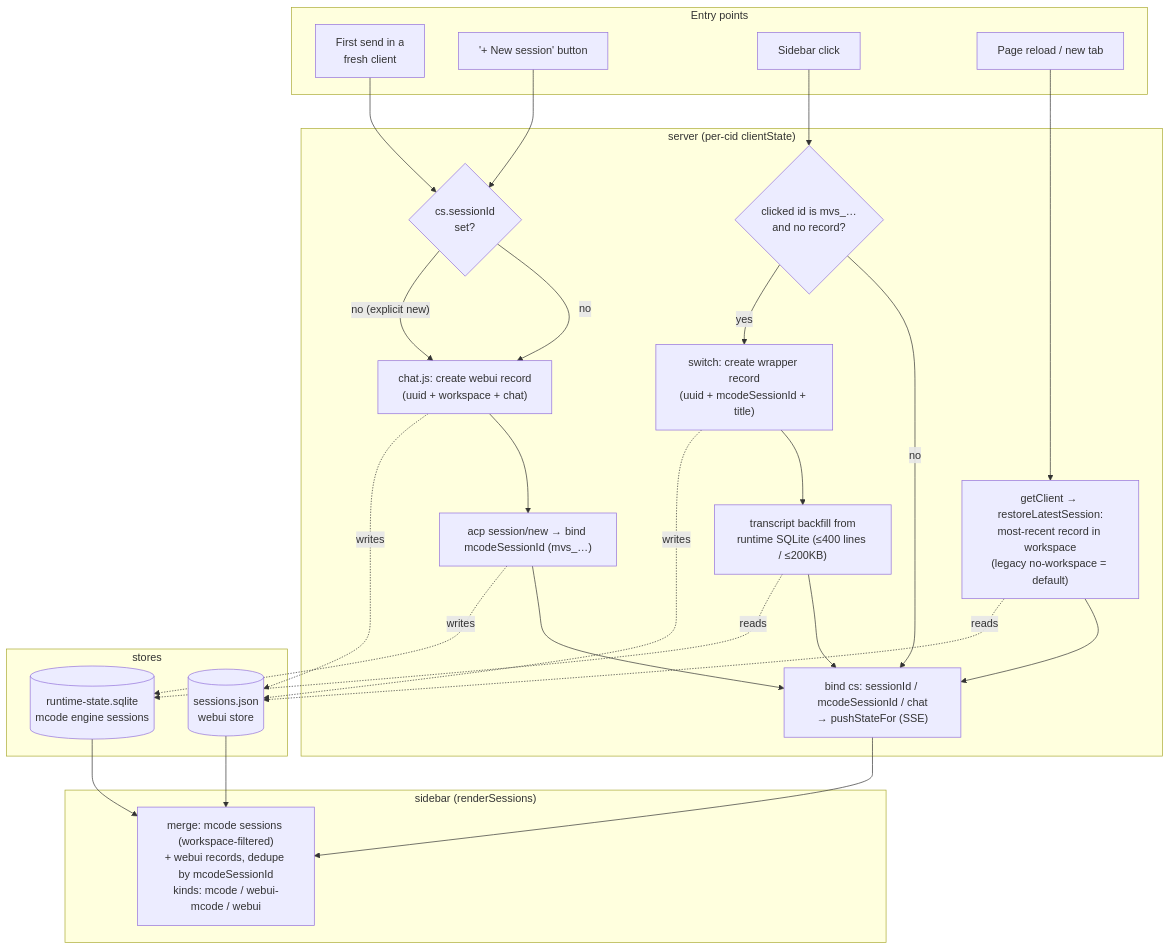
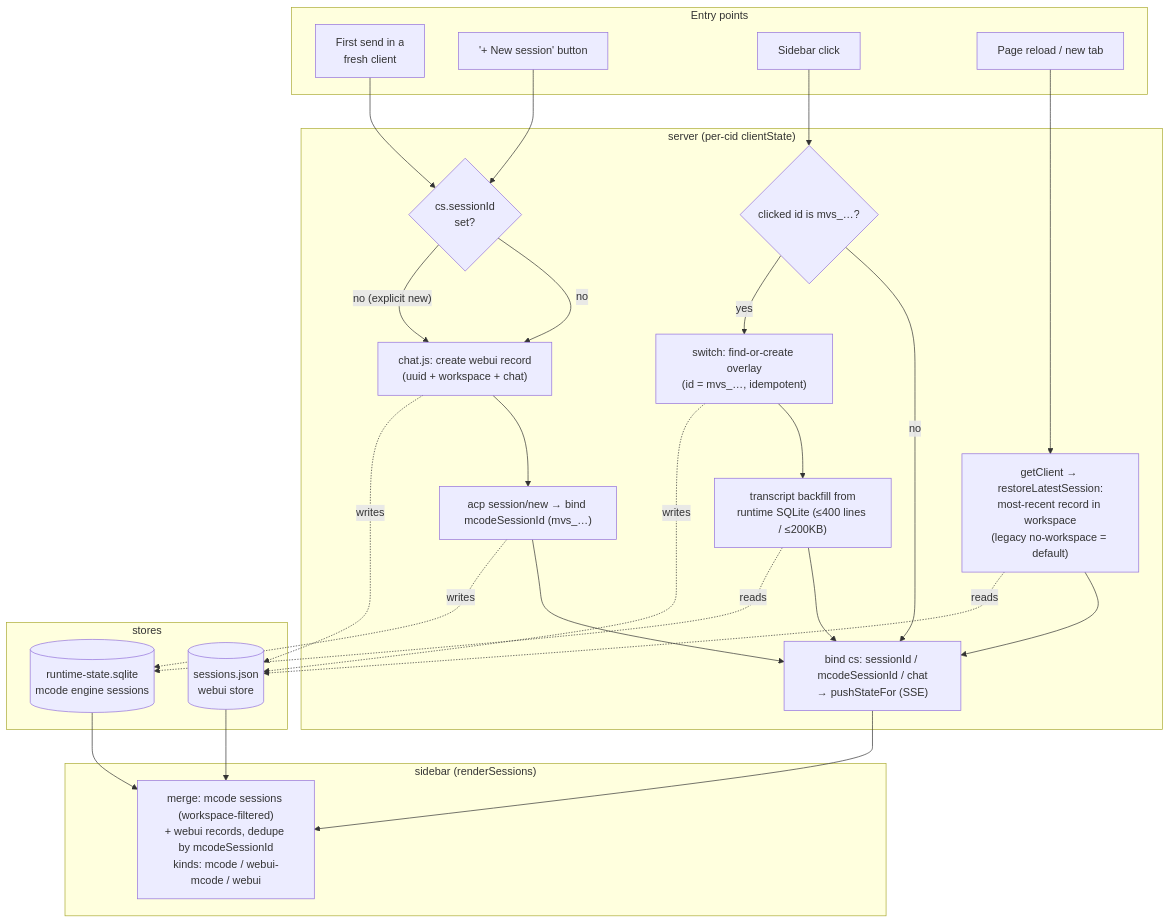
Before and after one commit to mcode-webui/minimax-code-web: the fourth of 4 diagrams in packages/webui/docs/ARCHITECTURE.md, drawn with Mermaid. The commit also changed other lines of this file and 8 other files, not shown here.

````diff
--- a/packages/webui/docs/ARCHITECTURE.md
+++ b/packages/webui/docs/ARCHITECTURE.md
@@ -246,46 +251,46 @@
 ```mermaid
 flowchart TD
     subgraph ENTRY["Entry points"]
         A1["First send in a<br/>fresh client"]
         A2["'+ New session' button"]
         A3["Sidebar click"]
         A4["Page reload / new tab"]
     end
 
     subgraph SERVER["server (per-cid clientState)"]
         B{"cs.sessionId<br/>set?"}
         C["chat.js: create webui record<br/>(uuid + workspace + chat)"]
         D["acp session/new → bind mcodeSessionId (mvs_…)"]
         E["getClient → restoreLatestSession:<br/>most-recent record in workspace<br/>(legacy no-workspace = default)"]
-        F{"clicked id is mvs_…<br/>and no record?"}
-        G["switch: create wrapper record<br/>(uuid + mcodeSessionId + title)"]
+        F{"clicked id is mvs_…?"}
+        G["switch: find-or-create overlay<br/>(id = mvs_…, idempotent)"]
         H["transcript backfill from<br/>runtime SQLite (≤400 lines / ≤200KB)"]
         I["bind cs: sessionId / mcodeSessionId / chat<br/>→ pushStateFor (SSE)"]
     end
 
     subgraph STORES["stores"]
         J[("sessions.json<br/>webui store")]
         K[("runtime-state.sqlite<br/>mcode engine sessions")]
     end
 
     subgraph SIDEBAR["sidebar (renderSessions)"]
         L["merge: mcode sessions (workspace-filtered)<br/>+ webui records, dedupe by mcodeSessionId<br/>kinds: mcode / webui-mcode / webui"]
     end
 
     A1 --> B
     B -- "no" --> C --> D --> I
     A2 --> B
     B -- "no (explicit new)" --> C
     A3 --> F
     F -- "no" --> I
     F -- "yes" --> G --> H --> I
     A4 --> E --> I
     C -.writes.-> J
     D -.writes.-> K
     E -.reads.-> J
     G -.writes.-> J
     H -.reads.-> K
     J --> L
     K --> L
     I --> L
 ```
````
